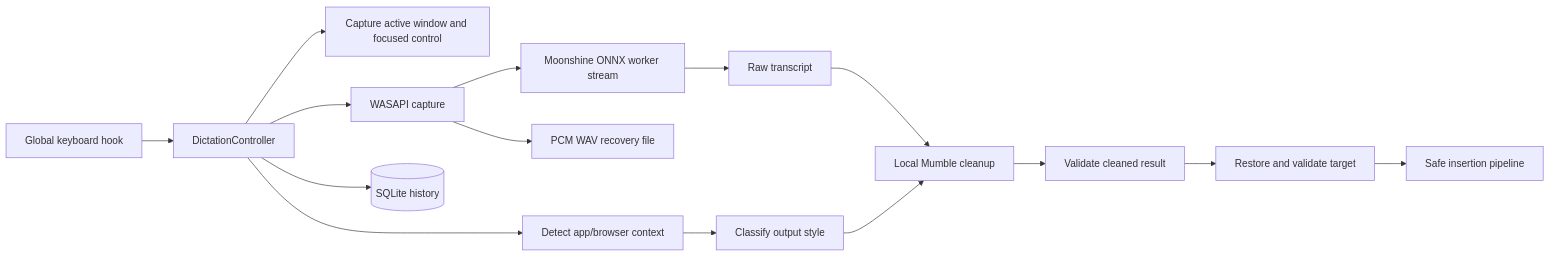
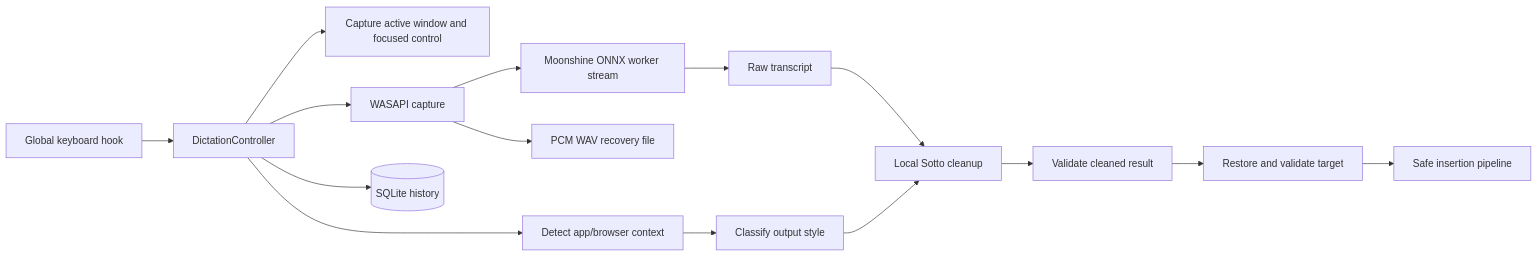
One commit to kpsr01/flow_local changed the diagram in docs/architecture.md. Above: the diagram before and after it, drawn with Mermaid. The commit also changed other lines of this file and 9 other files, not shown here.

````diff
--- a/docs/architecture.md
+++ b/docs/architecture.md
@@ -15,17 +15,17 @@
 ```mermaid
 flowchart LR
   K[Global keyboard hook] --> C[DictationController]
   C --> T[Capture active window and focused control]
   C --> X[Detect app/browser context]
   X --> S[Classify output style]
   C --> A[WASAPI capture]
   A --> W[PCM WAV recovery file]
   A --> N[Moonshine ONNX worker stream]
   N --> R[Raw transcript]
-  R --> L[Local Mumble cleanup]
+  R --> L[Local Sotto cleanup]
   S --> L
   L --> V[Validate cleaned result]
   V --> I[Restore and validate target]
   I --> P[Safe insertion pipeline]
   C --> D[(SQLite history)]
 ```
````
